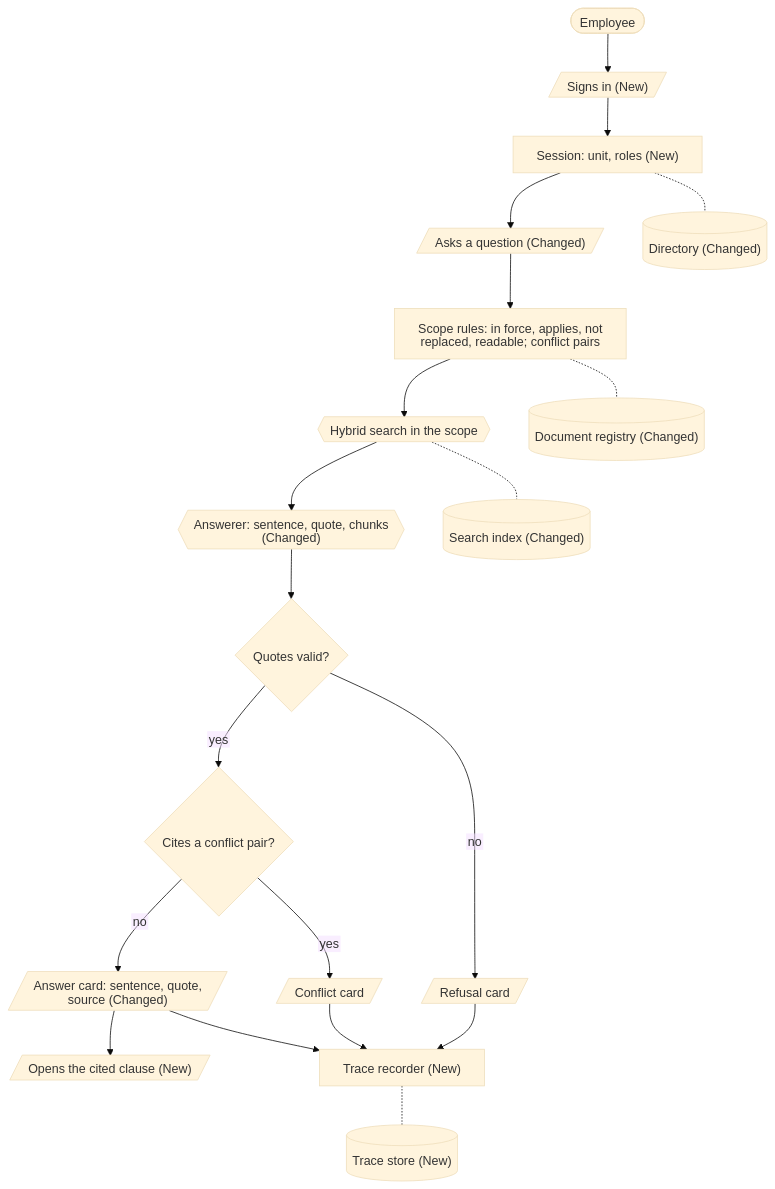
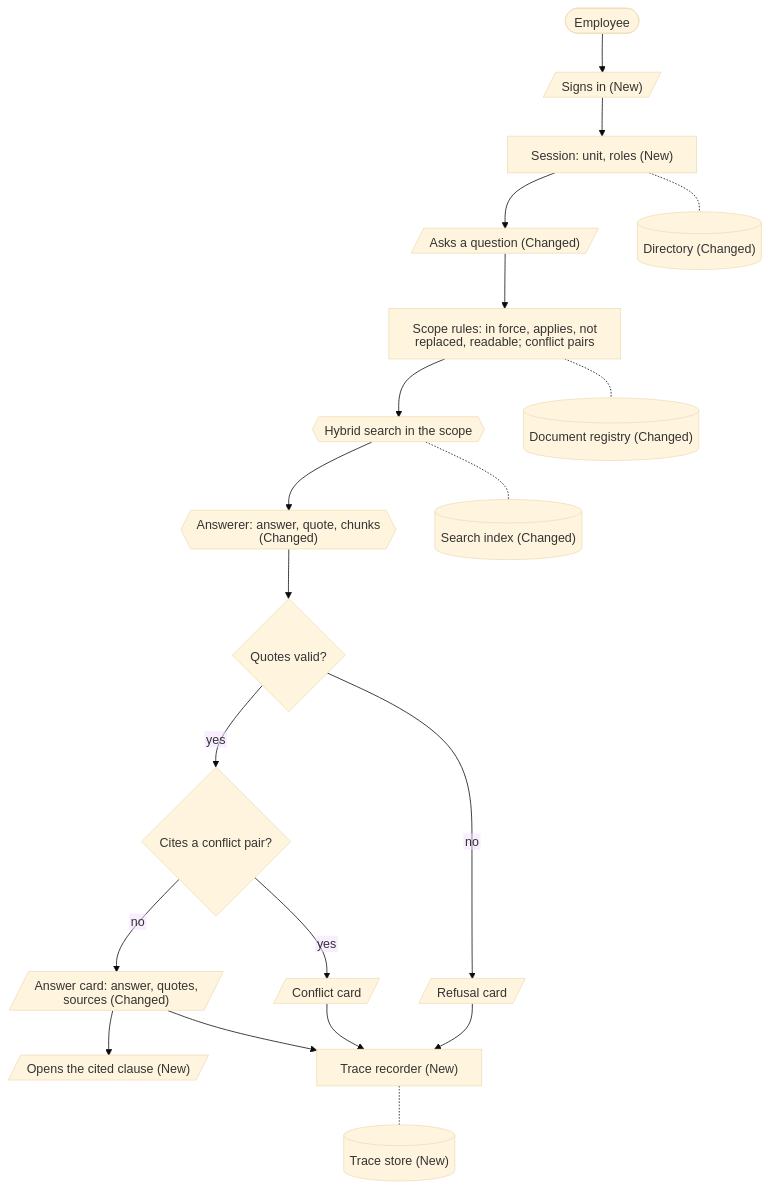
Before and after one commit to Park-Hip/next-gen-2026: the first of 7 diagrams in docs/system_design.md, drawn with Mermaid (base theme). The commit also changed other lines of this file and 34 other files, not shown here.

First line of the commit message:
One answer per question above the verified quotes (#112)

````diff
--- a/docs/system_design.md
+++ b/docs/system_design.md
@@ -74,42 +74,42 @@
 ```mermaid
 ---
 config:
   htmlLabels: false
   flowchart:
     htmlLabels: false
     wrappingWidth: 260
 ---
 flowchart TD
     employee([Employee])
     signin[/"Signs in (New)"/]
     session["Session: unit, roles (New)"]
     question[/"Asks a question (Changed)"/]
     scope["Scope rules: in force, applies, not replaced, readable; conflict pairs"]
     search{{"Hybrid search in the scope"}}
-    answerer{{"Answerer: sentence, quote, chunks (Changed)"}}
+    answerer{{"Answerer: answer, quote, chunks (Changed)"}}
     verified{"Quotes valid?"}
     conflict{"Cites a conflict pair?"}
     refusal[/"Refusal card"/]
     conflictcard[/"Conflict card"/]
-    answercard[/"Answer card: sentence, quote, source (Changed)"/]
+    answercard[/"Answer card: answer, quotes, sources (Changed)"/]
     clause[/"Opens the cited clause (New)"/]
     trace["Trace recorder (New)"]
     directory[("Directory (Changed)")]
     registry[("Document registry (Changed)")]
     index[("Search index (Changed)")]
     traces[("Trace store (New)")]
 
     employee --> signin --> session --> question --> scope --> search --> answerer --> verified
     verified -- no --> refusal
     verified -- yes --> conflict
     conflict -- yes --> conflictcard
     conflict -- no --> answercard
     answercard --> clause
     refusal --> trace
     conflictcard --> trace
     answercard --> trace
     session -.- directory
     scope -.- registry
     search -.- index
     trace -.- traces
 ```
````
